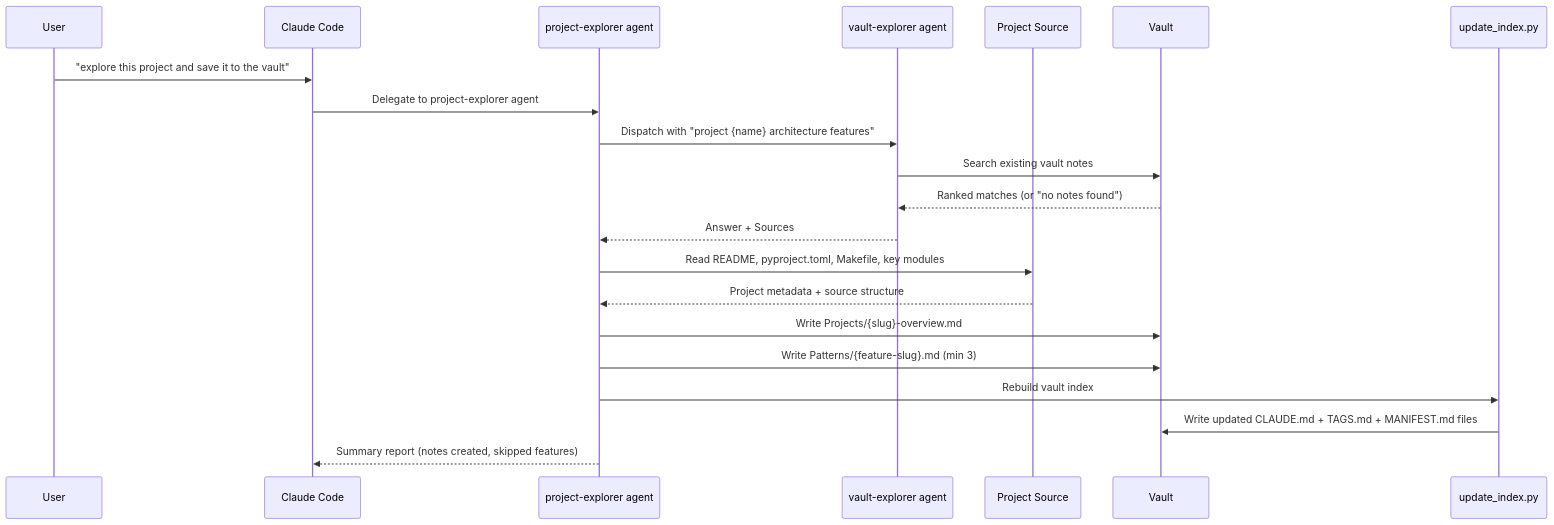
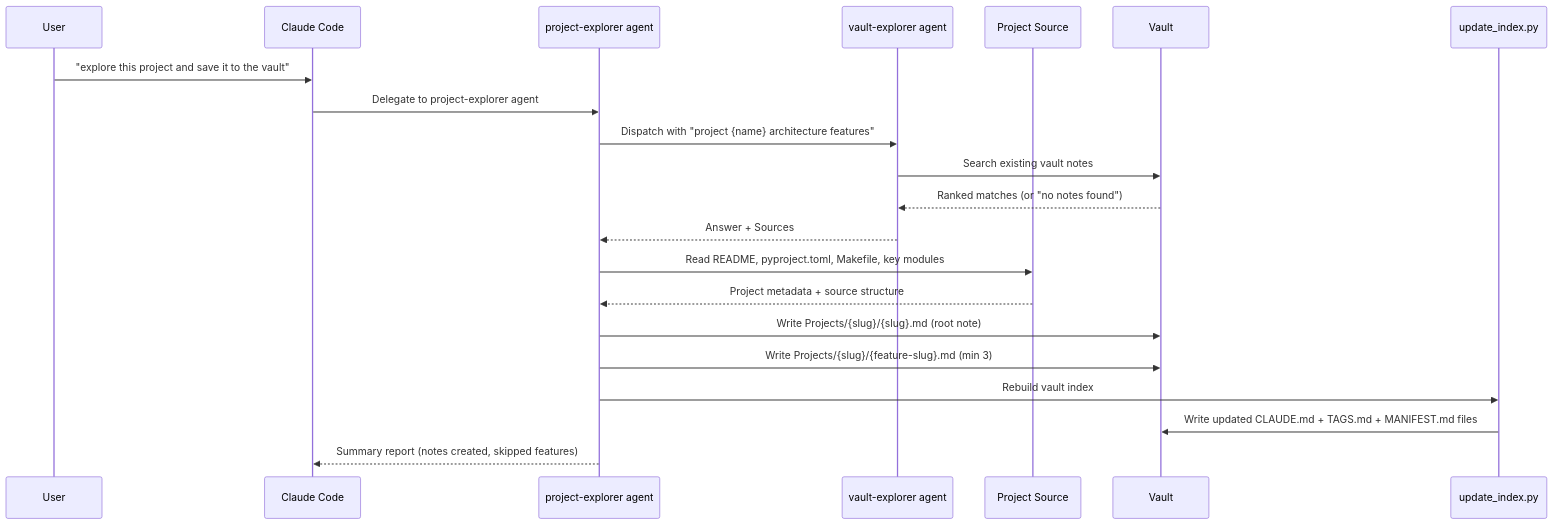
Before and after one commit to paulrobello/parsidion: the fourth of 5 diagrams in docs/ARCHITECTURE.md, drawn with Mermaid. The commit also changed other lines of this file and 14 other files, not shown here.

````diff
--- a/docs/ARCHITECTURE.md
+++ b/docs/ARCHITECTURE.md
@@ -1355,24 +1358,24 @@
 ```mermaid
 sequenceDiagram
     participant U as User
     participant CC as Claude Code
     participant PE as project-explorer agent
     participant VE as vault-explorer agent
     participant P as Project Source
     participant V as Vault
     participant IDX as update_index.py
 
     U->>CC: "explore this project and save it to the vault"
     CC->>PE: Delegate to project-explorer agent
     PE->>VE: Dispatch with "project {name} architecture features"
     VE->>V: Search existing vault notes
     V-->>VE: Ranked matches (or "no notes found")
     VE-->>PE: Answer + Sources
     PE->>P: Read README, pyproject.toml, Makefile, key modules
     P-->>PE: Project metadata + source structure
-    PE->>V: Write Projects/{slug}-overview.md
-    PE->>V: Write Patterns/{feature-slug}.md (min 3)
+    PE->>V: Write Projects/{slug}/{slug}.md (root note)
+    PE->>V: Write Projects/{slug}/{feature-slug}.md (min 3)
     PE->>IDX: Rebuild vault index
     IDX->>V: Write updated CLAUDE.md + TAGS.md + MANIFEST.md files
     PE-->>CC: Summary report (notes created, skipped features)
 ```
````
